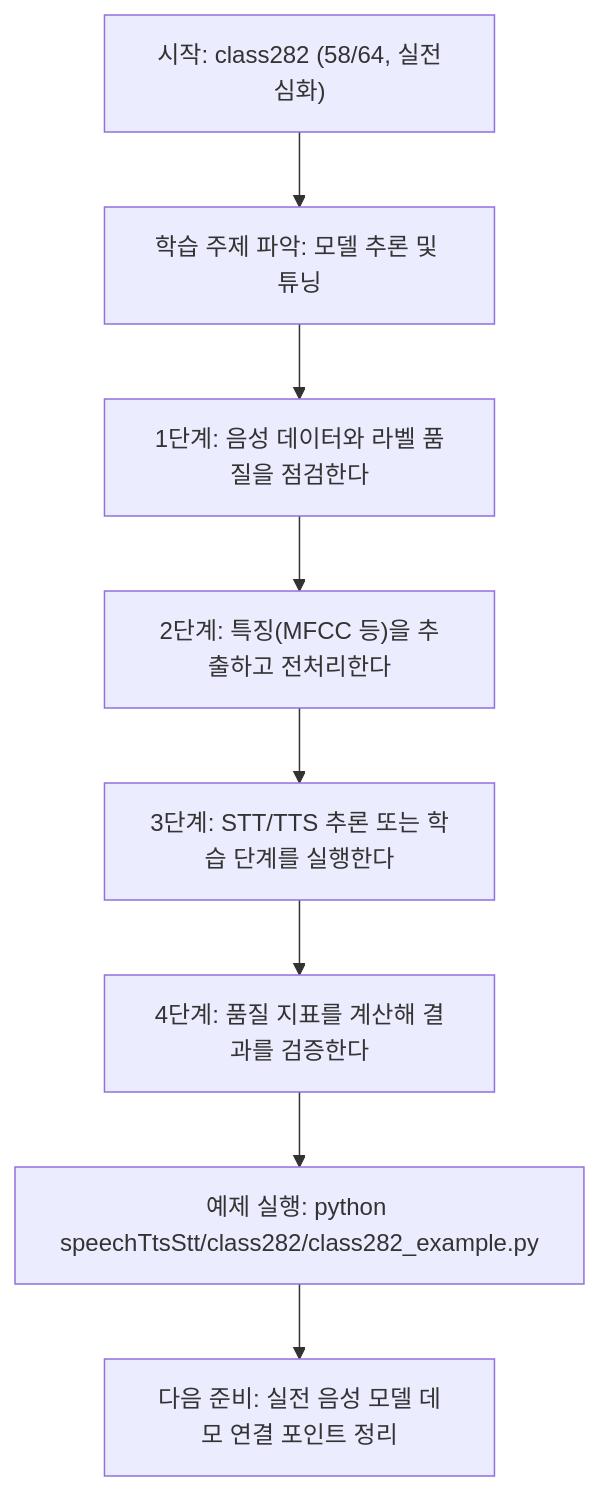
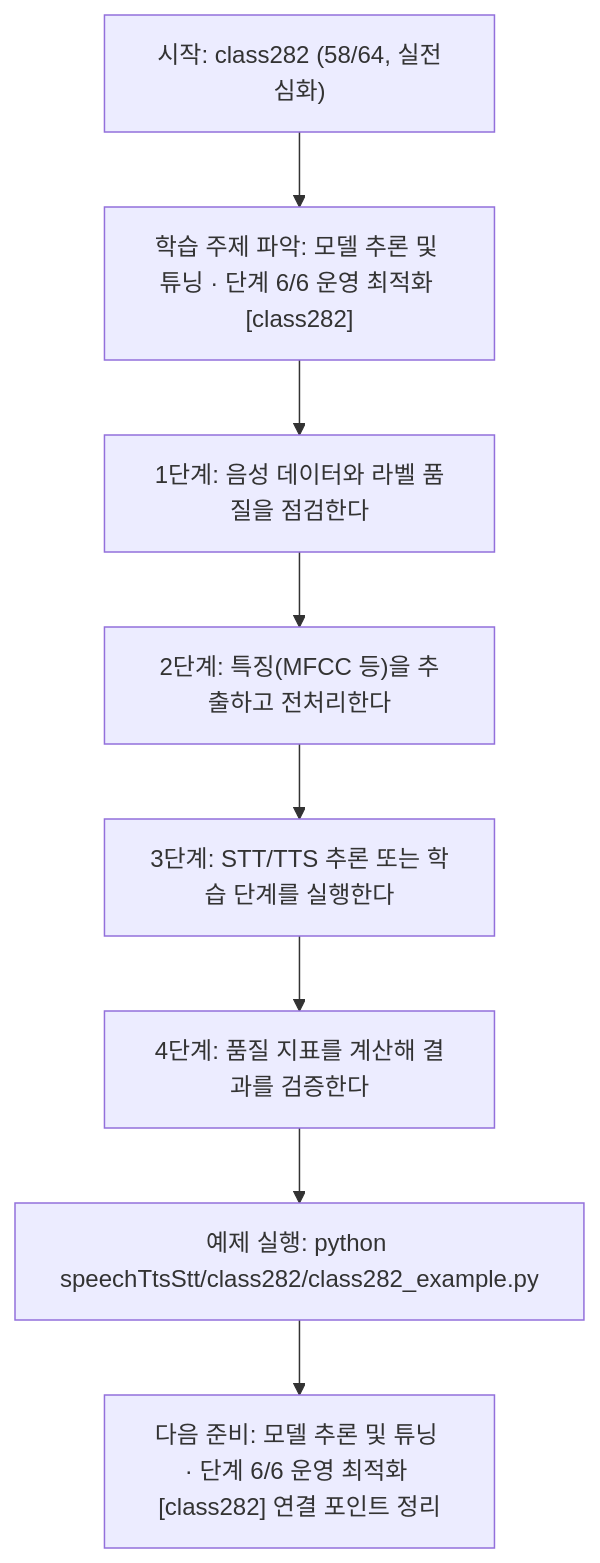
The diagram in speechTtsStt/class282/class282.md (edumgt/Python-AI_Agent-Class), drawn with Mermaid before and after one commit. The commit also changed other lines of this file and 522 other files, not shown here.

````diff
--- a/speechTtsStt/class282/class282.md
+++ b/speechTtsStt/class282/class282.md
@@ -113,18 +114,18 @@
 ```mermaid
 flowchart TD
 N1["시작: class282 (58/64, 실전심화)"]
-N2["학습 주제 파악: 모델 추론 및 튜닝"]
+N2["학습 주제 파악: 모델 추론 및 튜닝 · 단계 6/6 운영 최적화 [class282]"]
 N3["1단계: 음성 데이터와 라벨 품질을 점검한다"]
 N4["2단계: 특징(MFCC 등)을 추출하고 전처리한다"]
 N5["3단계: STT/TTS 추론 또는 학습 단계를 실행한다"]
 N6["4단계: 품질 지표를 계산해 결과를 검증한다"]
 N7["예제 실행: python speechTtsStt/class282/class282_example.py"]
-N8["다음 준비: 실전 음성 모델 데모 연결 포인트 정리"]
+N8["다음 준비: 모델 추론 및 튜닝 · 단계 6/6 운영 최적화 [class282] 연결 포인트 정리"]
 N1 --> N2
 N2 --> N3
 N3 --> N4
 N4 --> N5
 N5 --> N6
 N6 --> N7
 N7 --> N8
 ```
````
